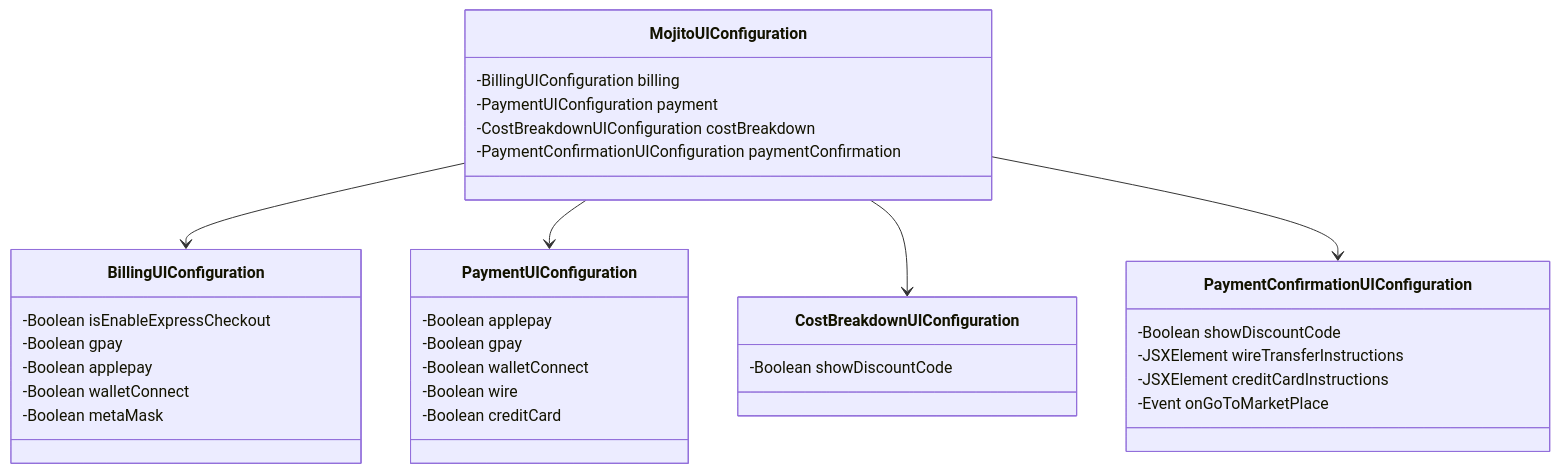
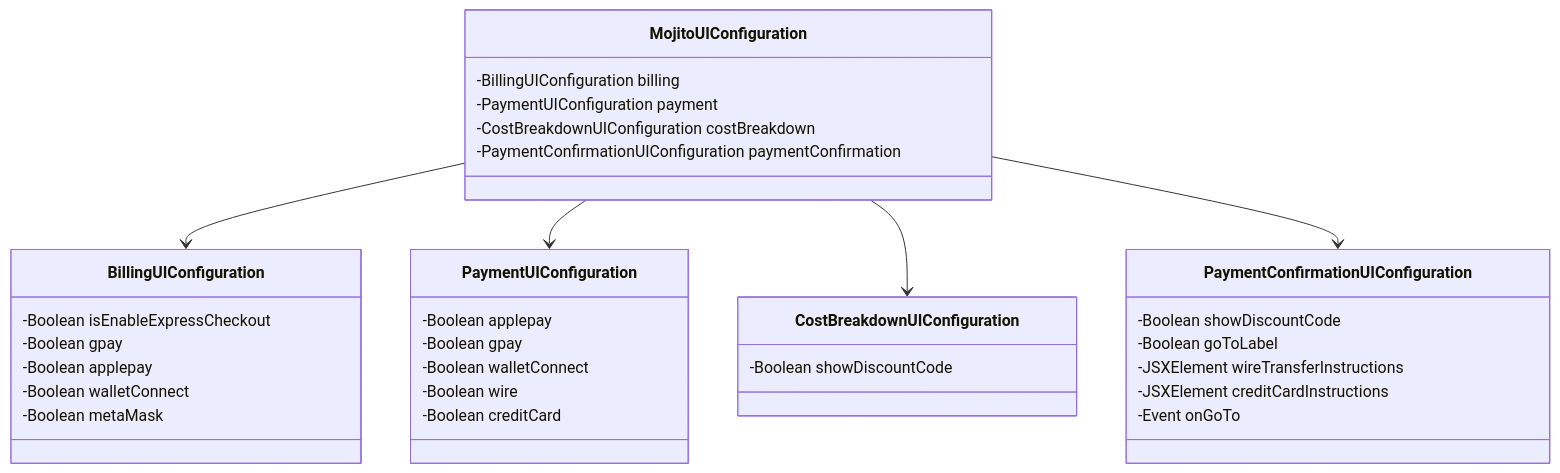
One commit to mojitoinc/mojito-mixer-v2 changed the diagram in architecture/architecture-class-configuration.mmd. Above: the diagram before and after it, drawn with Mermaid. The commit also changed 9 other files, not shown here.

```diff
--- a/architecture/architecture-class-configuration.mmd
+++ b/architecture/architecture-class-configuration.mmd
@@ -1,36 +1,37 @@
 classDiagram
 
 MojitoUIConfiguration --> BillingUIConfiguration
 MojitoUIConfiguration --> PaymentUIConfiguration
 MojitoUIConfiguration --> CostBreakdownUIConfiguration
 MojitoUIConfiguration --> PaymentConfirmationUIConfiguration
 
 class MojitoUIConfiguration {
     -BillingUIConfiguration billing
     -PaymentUIConfiguration payment
     -CostBreakdownUIConfiguration costBreakdown
     -PaymentConfirmationUIConfiguration paymentConfirmation
 }
 class BillingUIConfiguration {
     -Boolean isEnableExpressCheckout
     -Boolean gpay
     -Boolean applepay
     -Boolean walletConnect
     -Boolean metaMask
 }
 class PaymentUIConfiguration {
     -Boolean applepay
     -Boolean gpay
     -Boolean walletConnect
     -Boolean wire
     -Boolean creditCard
 }
 class CostBreakdownUIConfiguration {
     -Boolean showDiscountCode
 }
 class PaymentConfirmationUIConfiguration {
     -Boolean showDiscountCode
+    -Boolean goToLabel
     -JSXElement wireTransferInstructions
     -JSXElement creditCardInstructions
-    -Event onGoToMarketPlace
+    -Event onGoTo
 }
```
